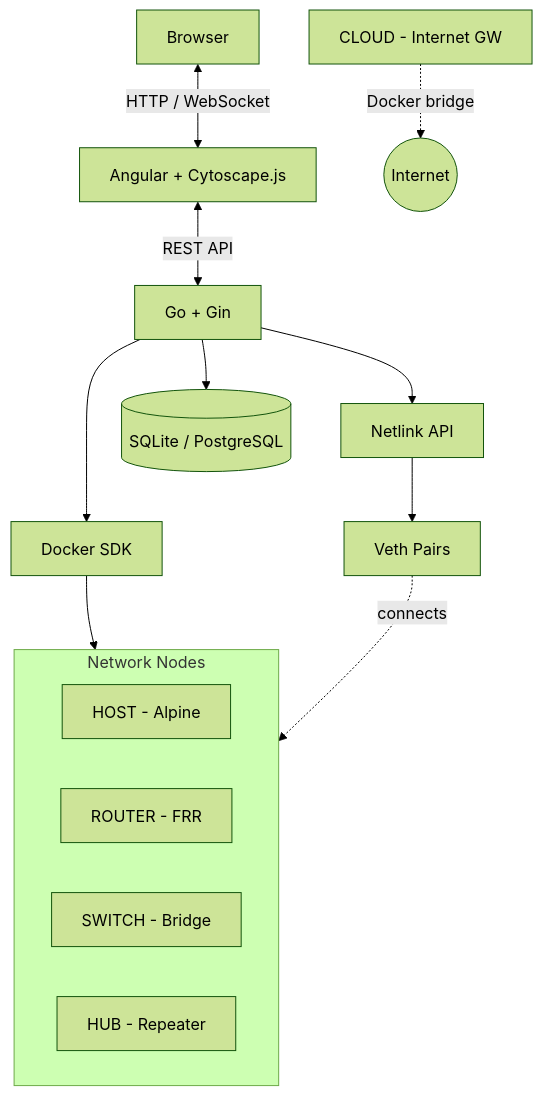
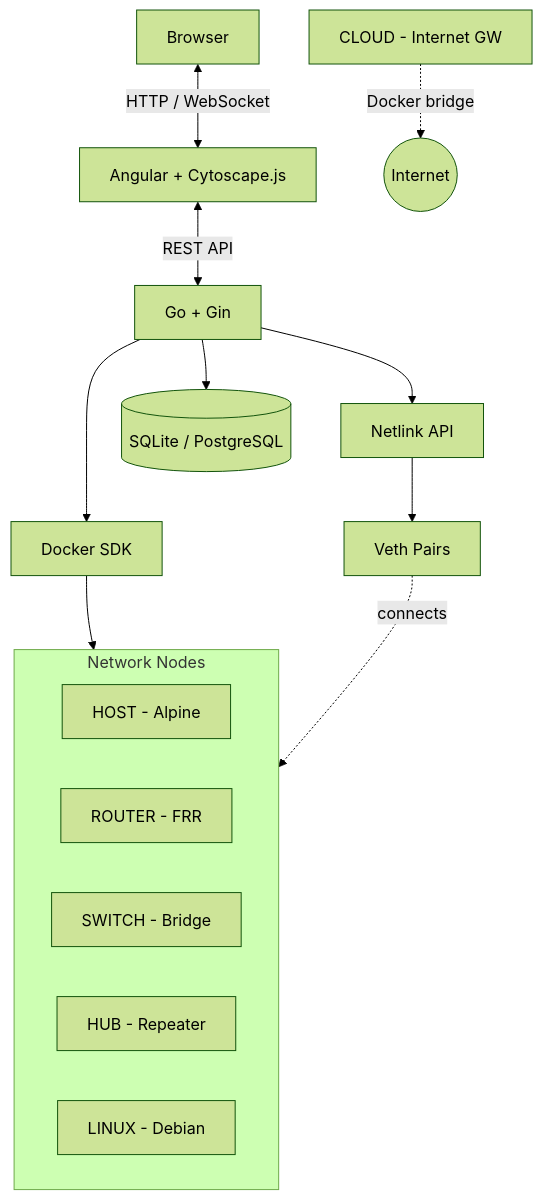
The diagram in README.md (RArielVillalobos/open-veth), drawn with Mermaid (forest theme) before and after one commit. The commit also changed other lines of this file and 2 other files, not shown here.

Commit message:
feat: enhance linux node with locale/tools and add Windows start.bat

````diff
--- a/README.md
+++ b/README.md
@@ -159,23 +166,24 @@
 ```mermaid
 graph TD
     Browser[Browser] <-->|HTTP / WebSocket| Frontend[Angular + Cytoscape.js]
     Frontend <-->|REST API| Backend[Go + Gin]
 
     Backend --> Docker[Docker SDK]
     Backend --> Netlink[Netlink API]
     Backend --> DB[(SQLite / PostgreSQL)]
 
     Docker --> Containers
     Netlink --> Veth[Veth Pairs]
 
     subgraph Containers [Network Nodes]
         H[HOST - Alpine]
         R[ROUTER - FRR]
         S[SWITCH - Bridge]
         HB[HUB - Repeater]
+        L[LINUX - Debian]
     end
 
     Veth -.->|connects| Containers
 
     C[CLOUD - Internet GW] -.->|Docker bridge| Internet((Internet))
 ```
````
